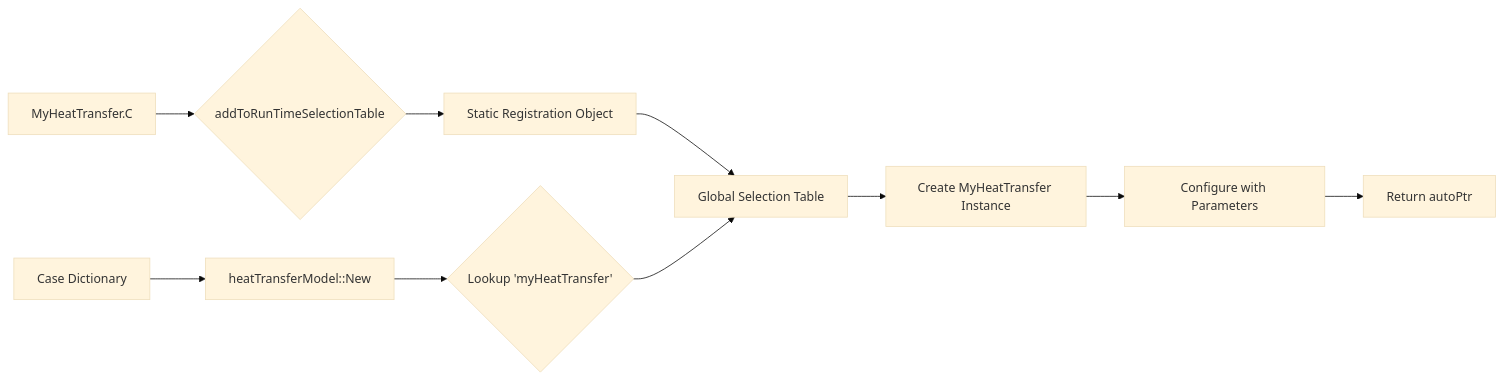
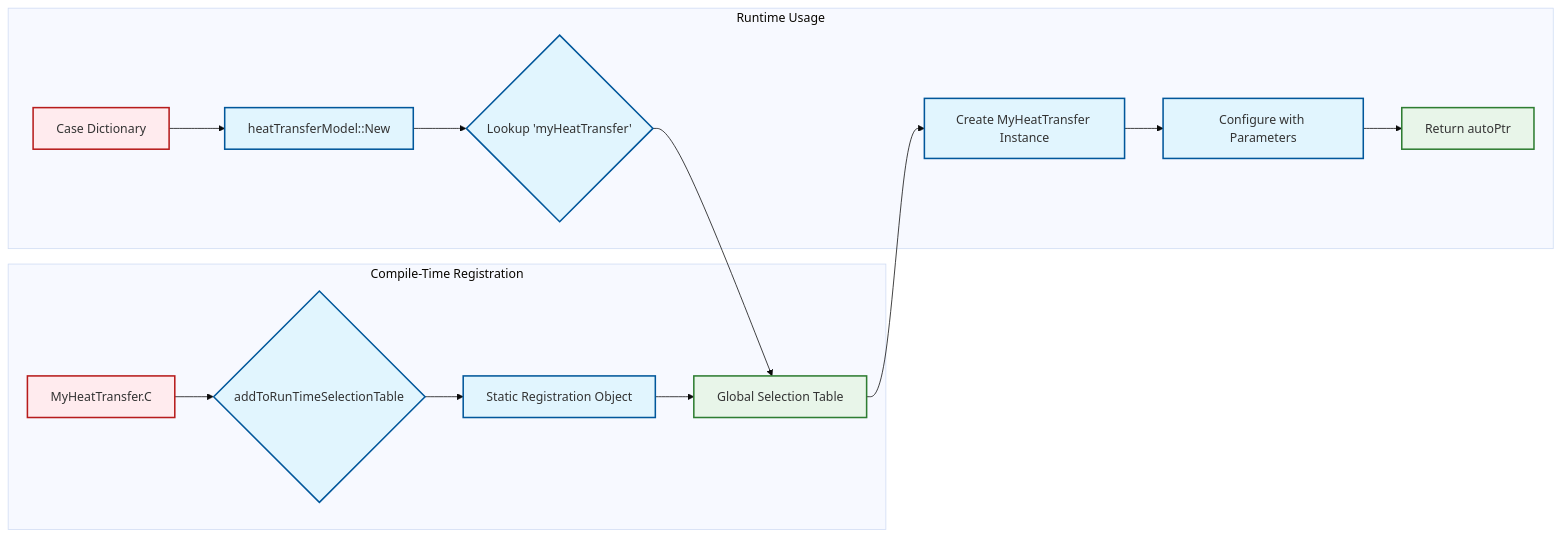
The second of 2 diagrams in MODULE_09_ADVANCED_TOPICS/CONTENT/03_DESIGN_PATTERNS/06_Practical_Exercise.md (wramet/build-my-cfd), drawn with Mermaid (base theme) before and after one commit. The commit also changed other lines of this file and 313 other files, not shown here.

Commit message:
Revise all diagram

````diff
--- a/MODULE_09_ADVANCED_TOPICS/CONTENT/03_DESIGN_PATTERNS/06_Practical_Exercise.md
+++ b/MODULE_09_ADVANCED_TOPICS/CONTENT/03_DESIGN_PATTERNS/06_Practical_Exercise.md
@@ -362,13 +357,19 @@
 ```mermaid
 graph LR
-    A[MyHeatTransfer.C] --> B{addToRunTimeSelectionTable}
-    B --> C[Static Registration Object]
-    C --> D[Global Selection Table]
-
-    E[Case Dictionary] --> F[heatTransferModel::New]
-    F --> G{Lookup 'myHeatTransfer'}
-    G --> D
-    D --> H[Create MyHeatTransfer Instance]
-    H --> I[Configure with Parameters]
-    I --> J[Return autoPtr]
+classDef implicit fill:#e1f5fe,stroke:#01579b,stroke-width:2px
+classDef explicit fill:#ffebee,stroke:#b71c1c,stroke-width:2px
+classDef success fill:#e8f5e9,stroke:#2e7d32,stroke-width:2px
+subgraph Registration [Compile-Time Registration]
+A[MyHeatTransfer.C]:::explicit --> B{addToRunTimeSelectionTable}:::implicit
+B --> C[Static Registration Object]:::implicit
+C --> D[Global Selection Table]:::success
+end
+subgraph Usage [Runtime Usage]
+E[Case Dictionary]:::explicit --> F[heatTransferModel::New]:::implicit
+F --> G{Lookup 'myHeatTransfer'}:::implicit
+G --> D
+D --> H[Create MyHeatTransfer Instance]:::implicit
+H --> I[Configure with Parameters]:::implicit
+I --> J[Return autoPtr]:::success
+end
 ```
````
